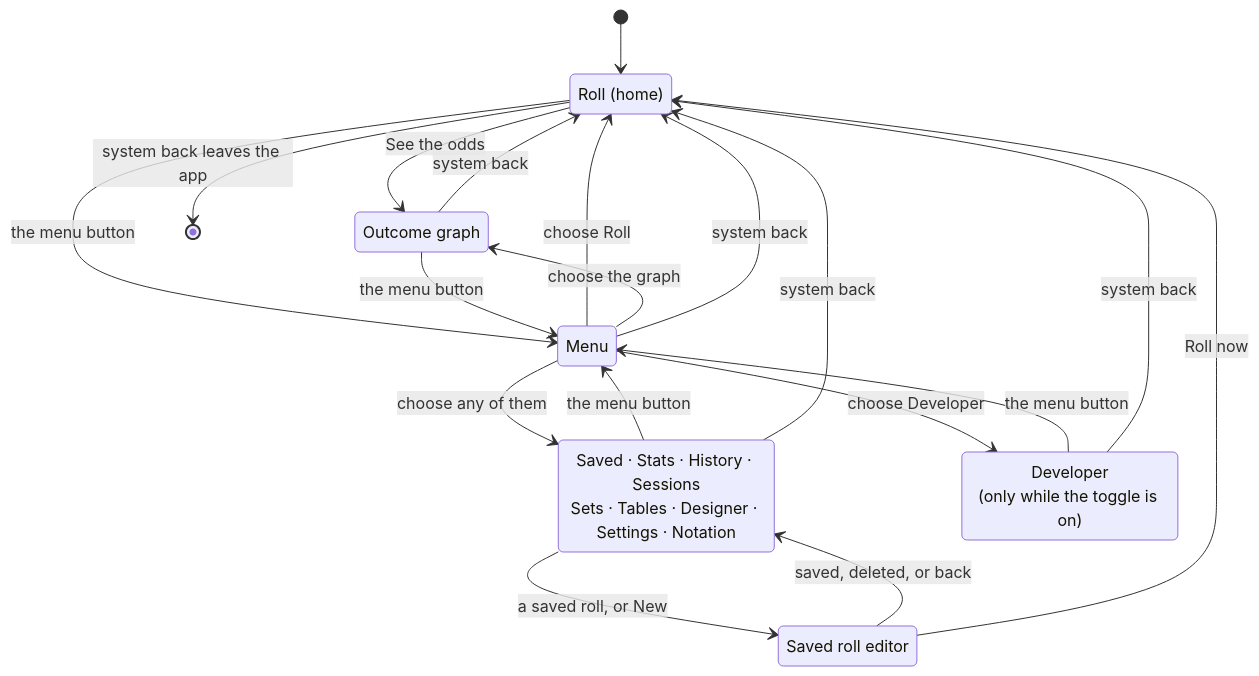
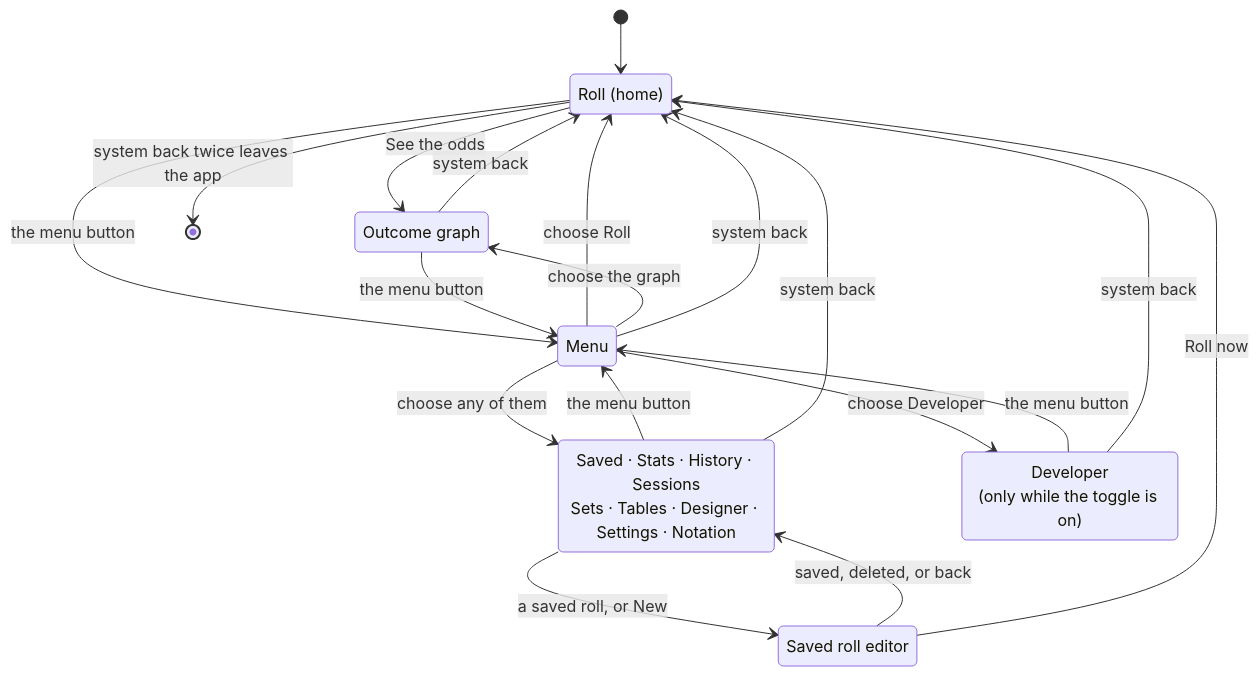
The first of 8 diagrams in docs/architecture.md (drehtuer/dInfinityApp), drawn with Mermaid before and after one commit. The commit also changed other lines of this file and 7 other files, not shown here.

````diff
--- a/docs/architecture.md
+++ b/docs/architecture.md
@@ -213,28 +213,28 @@
 ```mermaid
 stateDiagram-v2
     [*] --> Roll
     Roll: Roll (home)
     Menu: Menu
     Graph: Outcome graph
     Screen: Saved · Stats · History · Sessions<br/>Sets · Tables · Designer · Settings · Notation
     Editor: Saved roll editor
     Developer: Developer<br/>(only while the toggle is on)
 
     Roll --> Graph: See the odds
     Roll --> Menu: the menu button
     Screen --> Editor: a saved roll, or New
     Editor --> Screen: saved, deleted, or back
     Editor --> Roll: Roll now
     Graph --> Menu: the menu button
     Screen --> Menu: the menu button
     Developer --> Menu: the menu button
     Menu --> Roll: choose Roll
     Menu --> Graph: choose the graph
     Menu --> Screen: choose any of them
     Menu --> Developer: choose Developer
     Graph --> Roll: system back
     Screen --> Roll: system back
     Developer --> Roll: system back
     Menu --> Roll: system back
-    Roll --> [*]: system back leaves the app
+    Roll --> [*]: system back twice leaves the app
 ```
````
